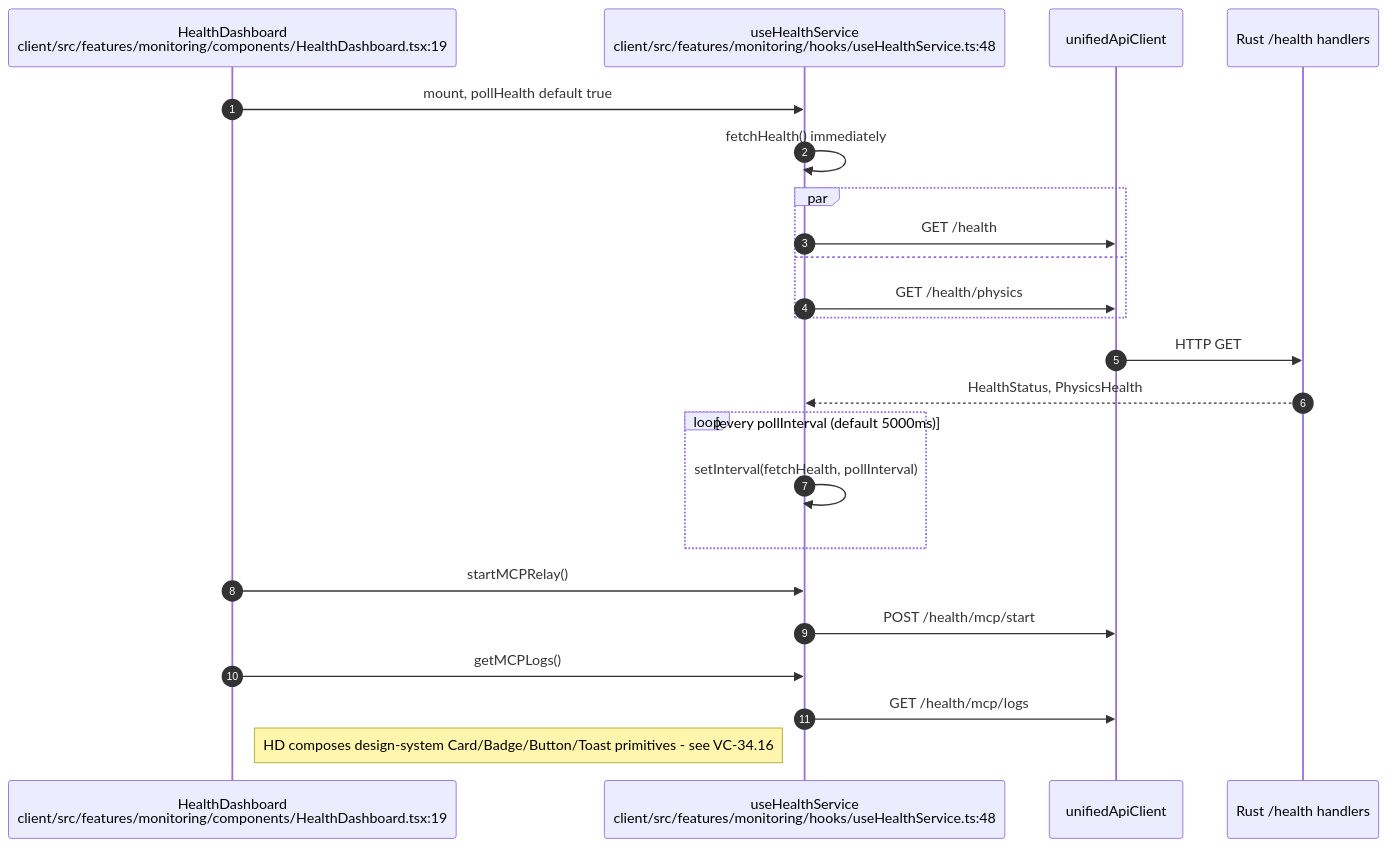
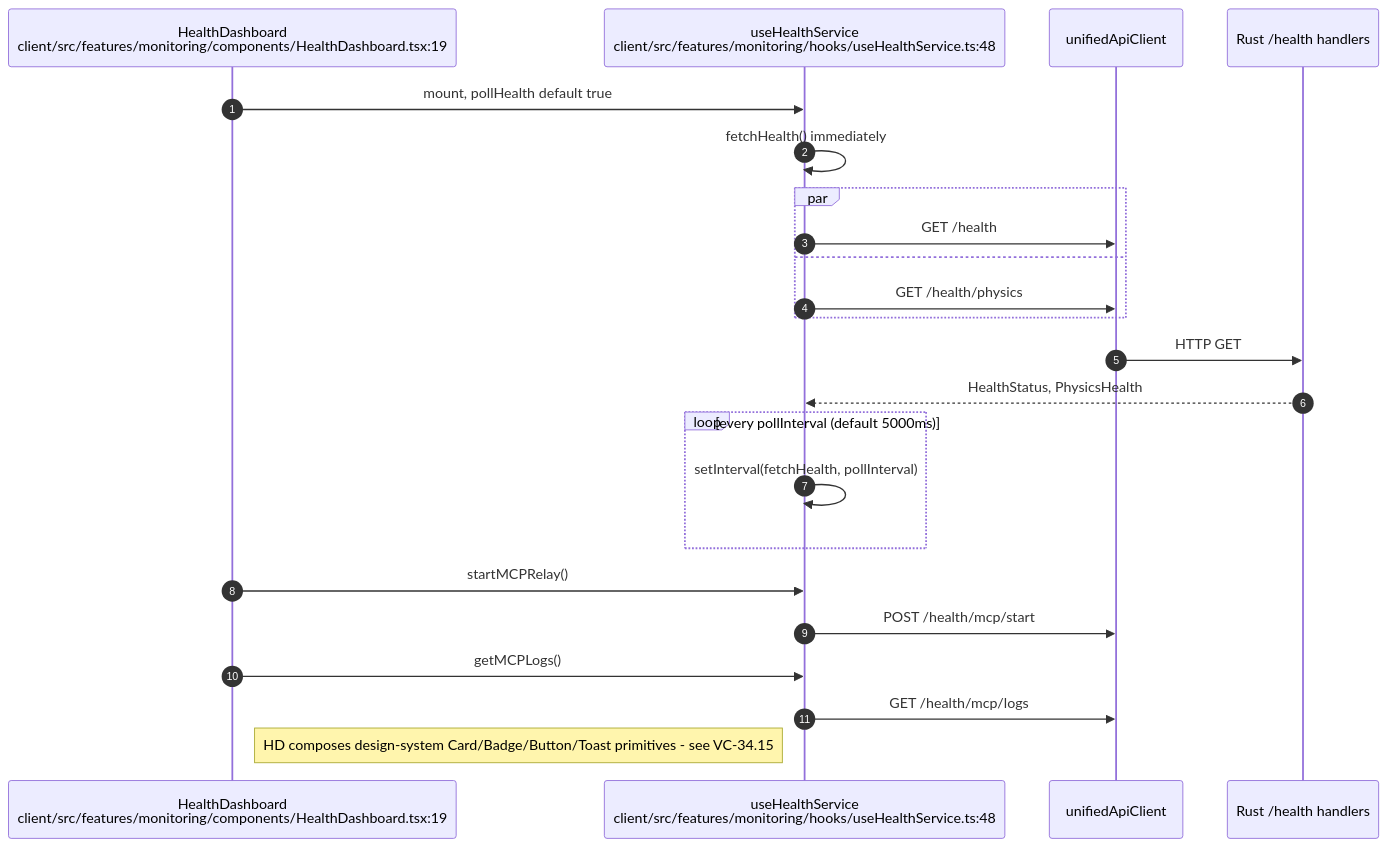
One commit to DreamLab-AI/VisionFlow changed diagram 11 of 20 in docs/diagrams/visionclaw/34-client-features.md. Above: the diagram before and after it, drawn with Mermaid. The commit also changed other lines of this file and 136 other files, not shown here.

First line of the commit message:
docs(diagrams): refresh the whole corpus to code HEAD and prune low-value diagrams

````diff
--- a/docs/diagrams/visionclaw/34-client-features.md
+++ b/docs/diagrams/visionclaw/34-client-features.md
@@ -420,26 +421,26 @@
 ```mermaid
 sequenceDiagram
     autonumber
     participant HD as HealthDashboard<br/>client/src/features/monitoring/components/HealthDashboard.tsx:19
     participant Hook as useHealthService<br/>client/src/features/monitoring/hooks/useHealthService.ts:48
     participant UAC as unifiedApiClient
     participant SRV as Rust /health handlers
 
     HD->>Hook: mount, pollHealth default true
     Hook->>Hook: fetchHealth() immediately
     par
         Hook->>UAC: GET /health
     and
         Hook->>UAC: GET /health/physics
     end
     UAC->>SRV: HTTP GET
     SRV-->>Hook: HealthStatus, PhysicsHealth
     loop every pollInterval (default 5000ms)
         Hook->>Hook: setInterval(fetchHealth, pollInterval)
     end
     HD->>Hook: startMCPRelay()
     Hook->>UAC: POST /health/mcp/start
     HD->>Hook: getMCPLogs()
     Hook->>UAC: GET /health/mcp/logs
-    Note right of HD: HD composes design-system Card/Badge/Button/Toast primitives - see VC-34.16
+    Note right of HD: HD composes design-system Card/Badge/Button/Toast primitives - see VC-34.15
 ```
````
